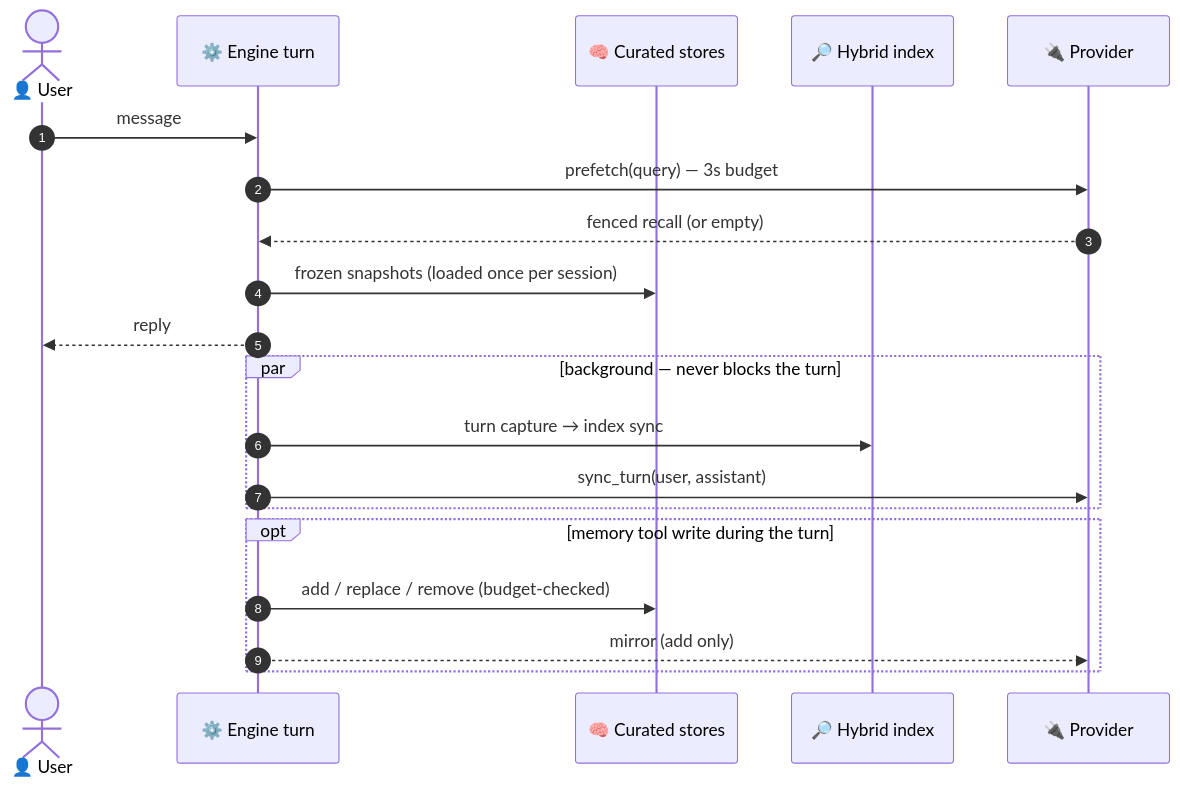
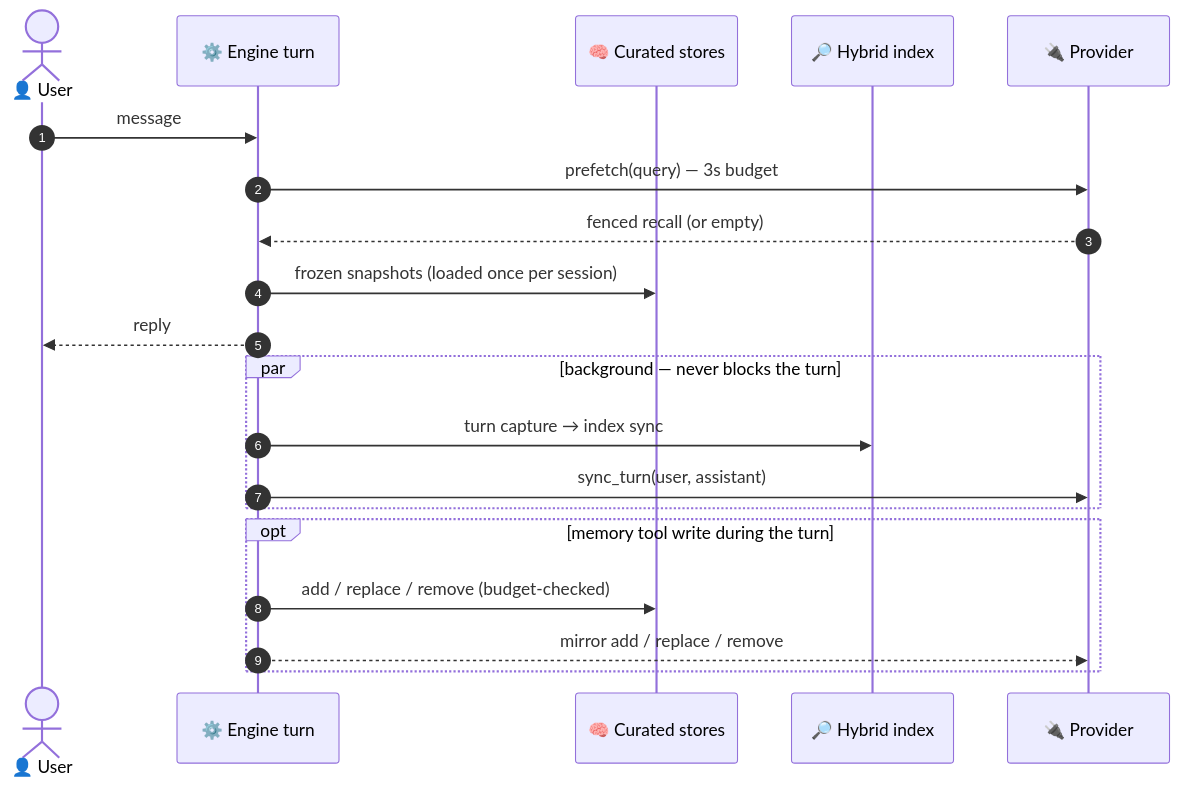
One commit to use-agent-os/agent-os changed the fourth of 4 diagrams in docs/features/memory.md. Above: the diagram before and after it, drawn with Mermaid. The commit also changed other lines of this file and 8 other files, not shown here.

First line of the commit message:
fix(memory): mirror curated replace/remove to the external provider

````diff
--- a/docs/features/memory.md
+++ b/docs/features/memory.md
@@ -475,23 +478,23 @@
 ```mermaid
 sequenceDiagram
     autonumber
     actor U as 👤 User
     participant RT as ⚙️ Engine turn
     participant CM as 🧠 Curated stores
     participant IX as 🔎 Hybrid index
     participant XP as 🔌 Provider
 
     U->>RT: message
     RT->>XP: prefetch(query) — 3s budget
     XP-->>RT: fenced recall (or empty)
     RT->>CM: frozen snapshots (loaded once per session)
     RT-->>U: reply
     par background — never blocks the turn
         RT->>IX: turn capture → index sync
         RT->>XP: sync_turn(user, assistant)
     end
     opt memory tool write during the turn
         RT->>CM: add / replace / remove (budget-checked)
-        RT-->>XP: mirror (add only)
+        RT-->>XP: mirror add / replace / remove
     end
 ```
````
